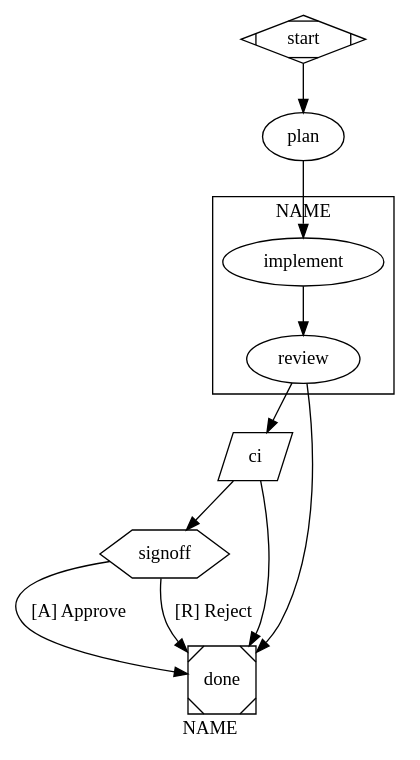
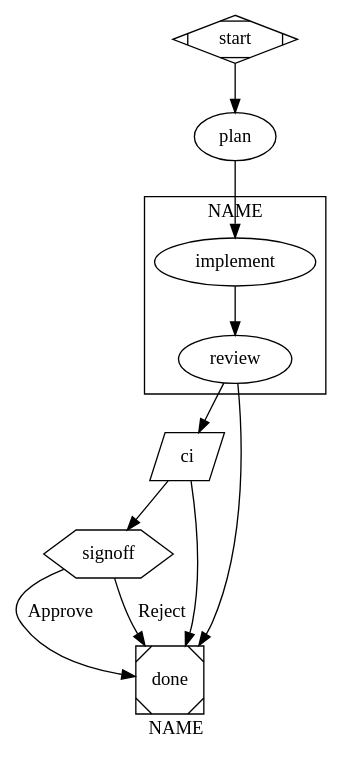
The ninth of 9 diagrams in .agents/skills/swarm-author/SKILL.md (purrgrammer/fragua), drawn with Graphviz before and after one commit. The commit also changed other lines of this file and 29 other files, not shown here.

First line of the commit message:
[core] replace wait.human/yield_hitl with human/yield_human + routes=

````diff
--- a/.agents/skills/swarm-author/SKILL.md
+++ b/.agents/skills/swarm-author/SKILL.md
@@ -492,47 +495,52 @@
 ```dot
 digraph NAME {
   graph [
     goal                  = "…"
     label                 = "NAME"
     max_goal_gate_retries = 2
   ]
 
   start [shape=Mdiamond]
 
   plan [
     prompt        = "… $ARGUMENTS."
     allowed_tools = "read, bash"
     context_files = "AGENTS.md"
   ]
 
   subgraph cluster_review {
     implement [
       prompt        = "Implement <task>. End with a PLAN_REALISED block."
       allowed_tools = "read, write, edit, bash"
       thread_id     = "dev"
     ]
     review [
       prompt       = "Judge the diff against PLAN_REALISED and `git diff HEAD`. APPROVE, or `abort` with `REJECT: …`."
       thread_id    = "dev"
       goal_gate    = true
       retry_target = "implement"
     ]
   }
 
   ci [shape=parallelogram, tool_command="bun run ci", max_retries=5]
 
-  signoff [shape=hexagon, prompt="Approve to ship, or reject."]
+  signoff [
+    shape  = hexagon
+    kind   = human
+    text   = "Approve to ship, or reject."
+    routes = "approve,reject"
+  ]
 
   done [shape=Msquare]
 
   start -> plan -> implement -> review
 
   review -> done [condition="outcome=fail"]
   review -> ci
 
   ci -> signoff [condition="outcome=success"]
   ci -> done    [condition="outcome=fail"]
-  signoff -> done [label="[A] Approve"]
-  signoff -> done [label="[R] Reject"]
+  signoff -> done [route=approve, label="Approve"]
+  signoff -> done [route=reject,  label="Reject"]
 }
 ```
````
